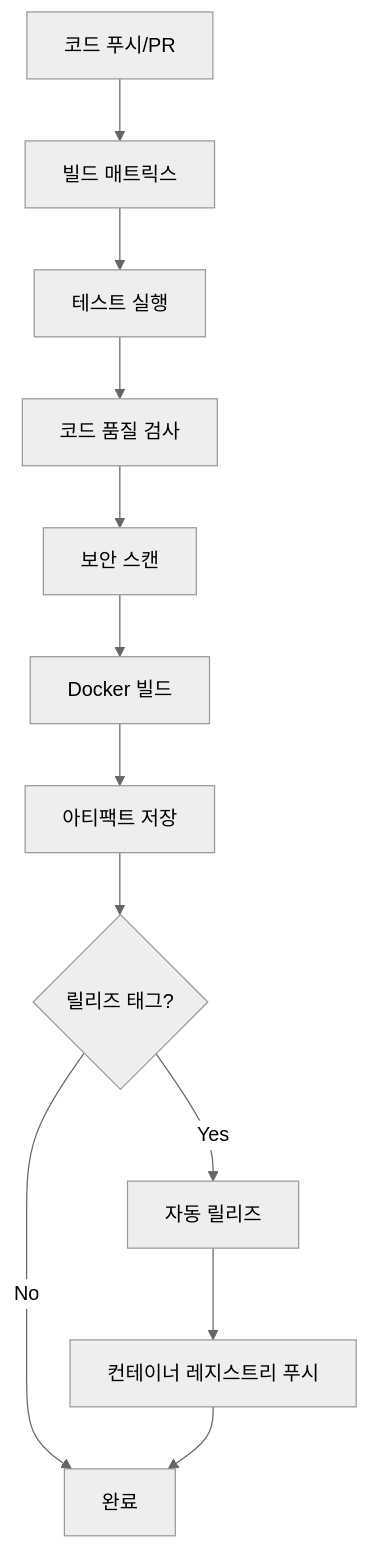
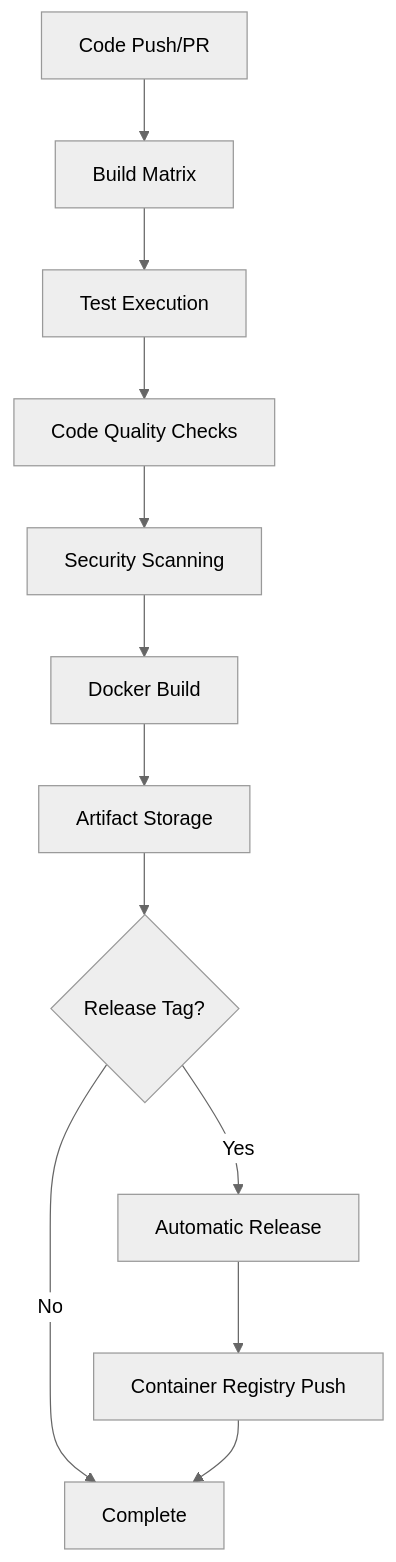
One commit to jwsung91/unilink changed the diagram in docs/CI-CD-ENHANCEMENT.md. Above: the diagram before and after it, drawn with Mermaid (neutral theme). The commit also changed other lines of this file and 14 other files, not shown here.

````diff
--- a/docs/CI-CD-ENHANCEMENT.md
+++ b/docs/CI-CD-ENHANCEMENT.md
@@ -82,14 +82,14 @@
 ```mermaid
 graph TD
-    A[코드 푸시/PR] --> B[빌드 매트릭스]
-    B --> C[테스트 실행]
-    C --> D[코드 품질 검사]
-    D --> E[보안 스캔]
-    E --> F[Docker 빌드]
-    F --> G[아티팩트 저장]
-    G --> H{릴리즈 태그?}
-    H -->|Yes| I[자동 릴리즈]
-    H -->|No| J[완료]
-    I --> K[컨테이너 레지스트리 푸시]
+    A[Code Push/PR] --> B[Build Matrix]
+    B --> C[Test Execution]
+    C --> D[Code Quality Checks]
+    D --> E[Security Scanning]
+    E --> F[Docker Build]
+    F --> G[Artifact Storage]
+    G --> H{Release Tag?}
+    H -->|Yes| I[Automatic Release]
+    H -->|No| J[Complete]
+    I --> K[Container Registry Push]
     K --> J
 ```
````
